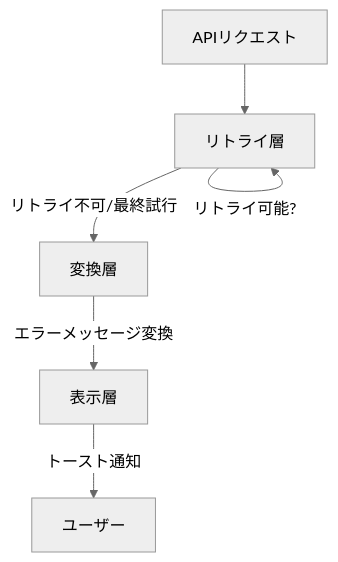
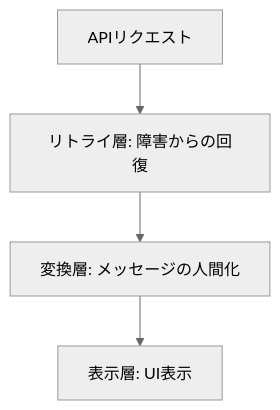
One commit to nagiyu/nagiyu-platform changed the diagram in docs/development/api-client-guide.md. Above: the diagram before and after it, drawn with Mermaid (neutral theme). The commit also changed other lines of this file and 3 other files, not shown here.

````diff
--- a/docs/development/api-client-guide.md
+++ b/docs/development/api-client-guide.md
@@ -35,14 +24,11 @@
 ```mermaid
 flowchart TB
     Request[APIリクエスト]
-    Retry[リトライ層]
-    Transform[変換層]
-    Display[表示層]
-    User[ユーザー]
+    Retry[リトライ層: 障害からの回復]
+    Transform[変換層: メッセージの人間化]
+    Display[表示層: UI表示]
 
     Request --> Retry
-    Retry -->|リトライ可能?| Retry
-    Retry -->|リトライ不可/最終試行| Transform
-    Transform -->|エラーメッセージ変換| Display
-    Display -->|トースト通知| User
+    Retry --> Transform
+    Transform --> Display
 ```
````
